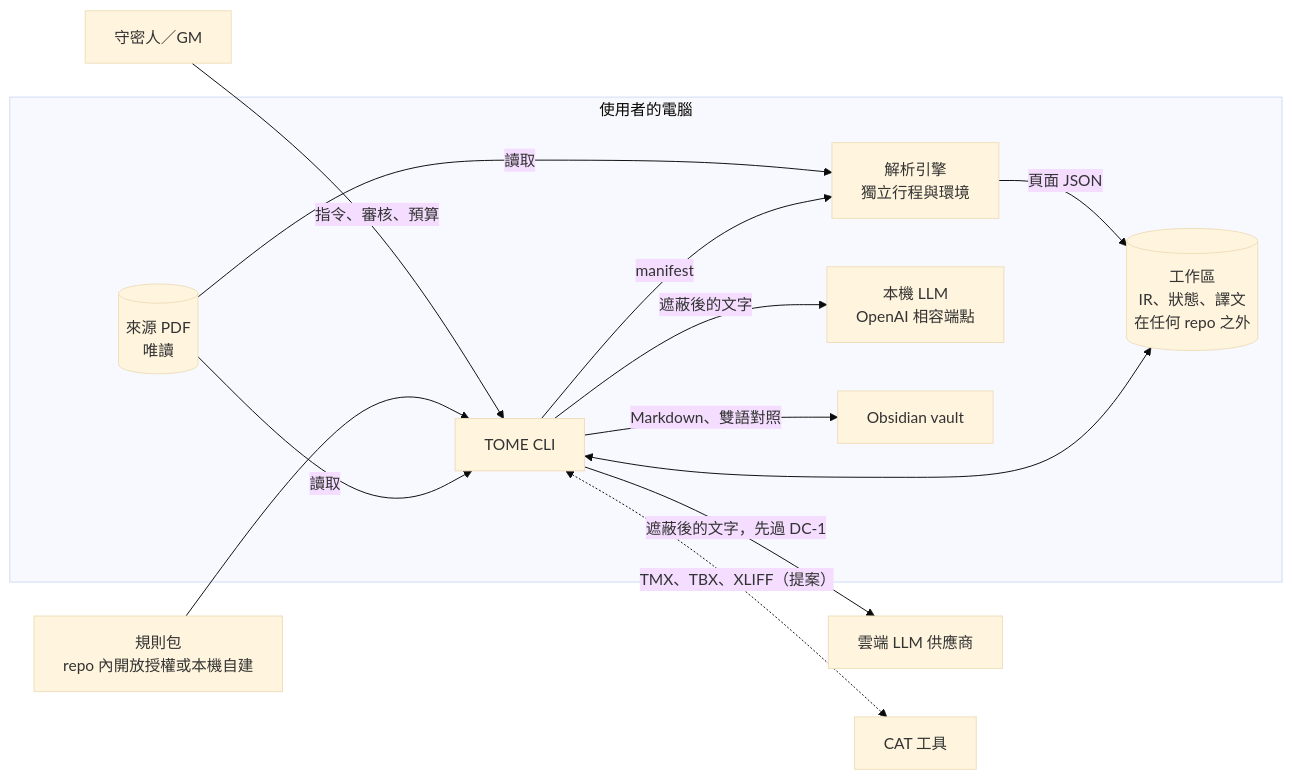
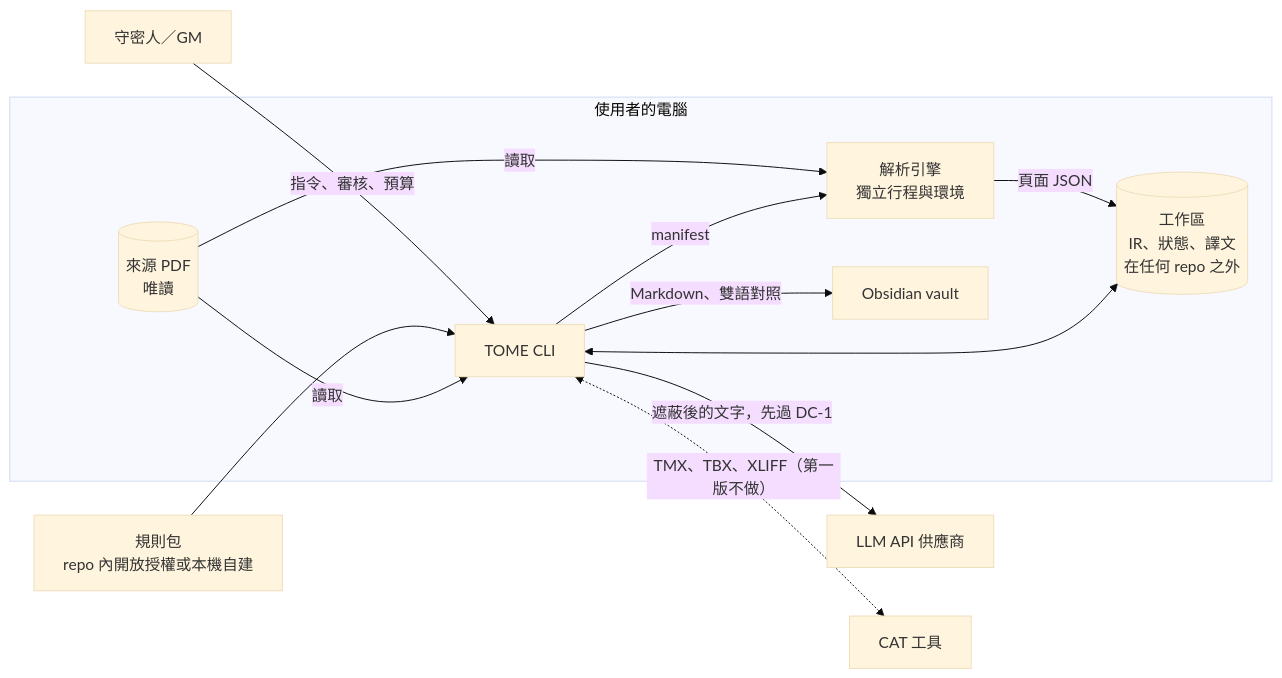
The first of 3 diagrams in docs/WHITEPAPER.md (tome-trpg/tome), drawn with Mermaid (base theme) before and after one commit. The commit also changed other lines of this file and 39 other files, not shown here.

````diff
--- a/docs/WHITEPAPER.md
+++ b/docs/WHITEPAPER.md
@@ -184,27 +185,25 @@
 ```mermaid
 flowchart LR
     GM[守密人／GM]
     PACK[規則包<br/>repo 內開放授權或本機自建]
     subgraph local [使用者的電腦]
         PDF[(來源 PDF<br/>唯讀)]
         TOME[TOME CLI]
         ENGINE[解析引擎<br/>獨立行程與環境]
         WS[(工作區<br/>IR、狀態、譯文<br/>在任何 repo 之外)]
-        LLM_LOCAL[本機 LLM<br/>OpenAI 相容端點]
         VAULT[Obsidian vault]
     end
-    CLOUD[雲端 LLM 供應商]
+    CLOUD[LLM API 供應商]
     CAT[CAT 工具]
 
     GM -- "指令、審核、預算" --> TOME
     PACK --> TOME
     PDF -- "讀取" --> TOME
     PDF -- "讀取" --> ENGINE
     TOME -- "manifest" --> ENGINE
     ENGINE -- "頁面 JSON" --> WS
     TOME <--> WS
     TOME -- "遮蔽後的文字，先過 DC-1" --> CLOUD
-    TOME -- "遮蔽後的文字" --> LLM_LOCAL
     TOME -- "Markdown、雙語對照" --> VAULT
-    TOME <-. "TMX、TBX、XLIFF（提案）" .-> CAT
+    TOME <-. "TMX、TBX、XLIFF（第一版不做）" .-> CAT
 ```
````
